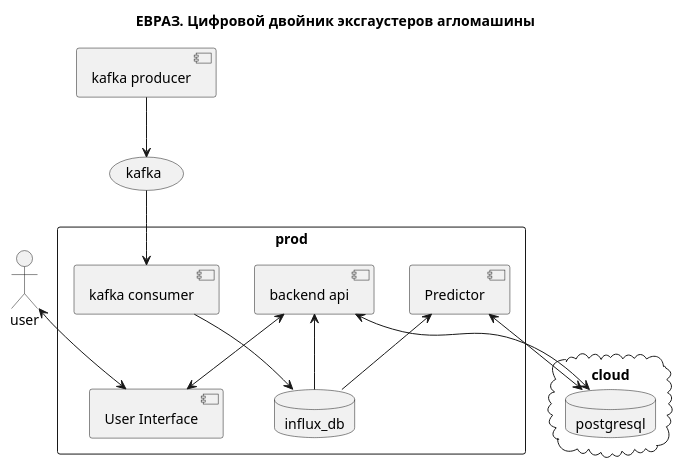
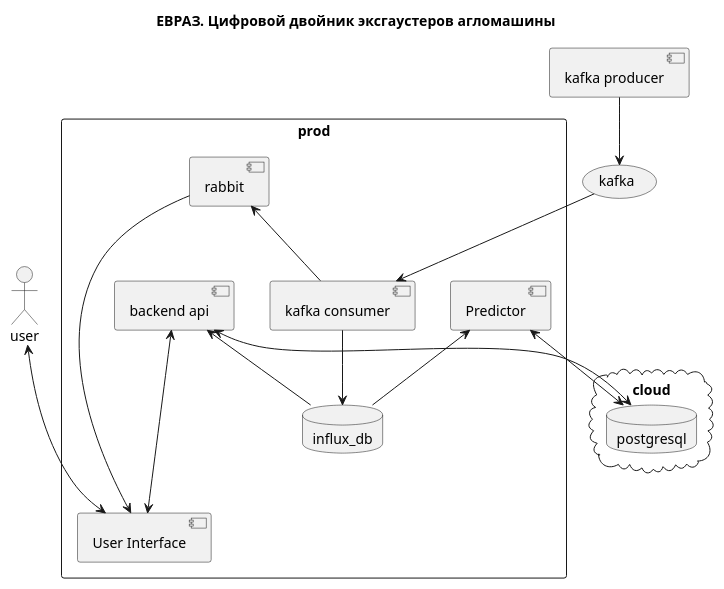
One commit to AlexTolmy/hackaton changed the diagram in docs/schema.puml. Above: the diagram before and after it, drawn with PlantUML. The commit also changed 5 other files, not shown here.

```diff
--- a/docs/schema.puml
+++ b/docs/schema.puml
@@ -1,30 +1,34 @@
 @startuml
 title ЕВРАЗ. Цифровой двойник эксгаустеров агломашины
 
 actor user as user
 
 rectangle prod{
     database influx_db as influx
     [backend api] as api
     [User Interface] as ui
     [Predictor] as predictor
     [kafka consumer] as kafka_c
+    [rabbit] as rabbit
 }
 [kafka producer] as kafka_p
 (kafka) as kafka
 
 cloud "cloud"{
     database postgresql as psql
 }
 
-user <--> ui
-api <--> ui
+user <---> ui
+api <---> ui
 api <--> psql
 api <-- influx
 psql <--> predictor
 predictor <-- influx
 kafka_c --> influx
 kafka_p --> kafka
 kafka --> kafka_c
 
+rabbit <-- kafka_c
+rabbit --> ui
+
 @enduml
```
